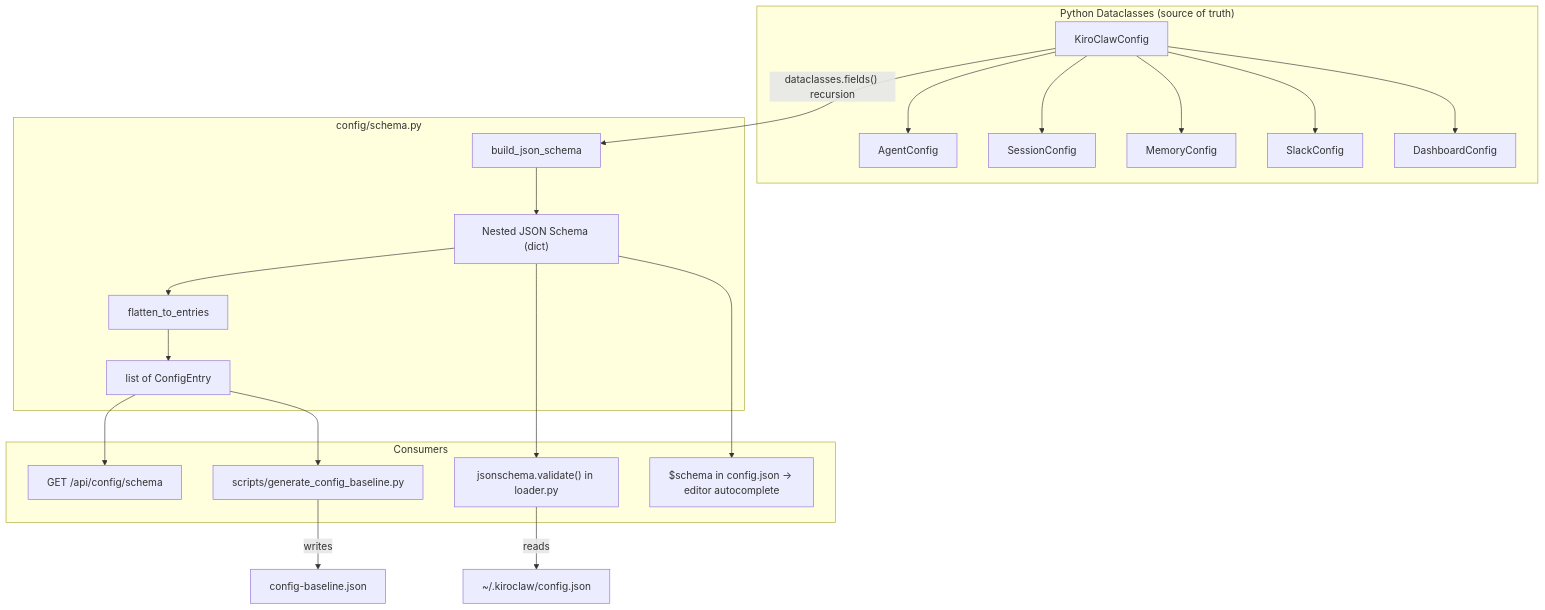
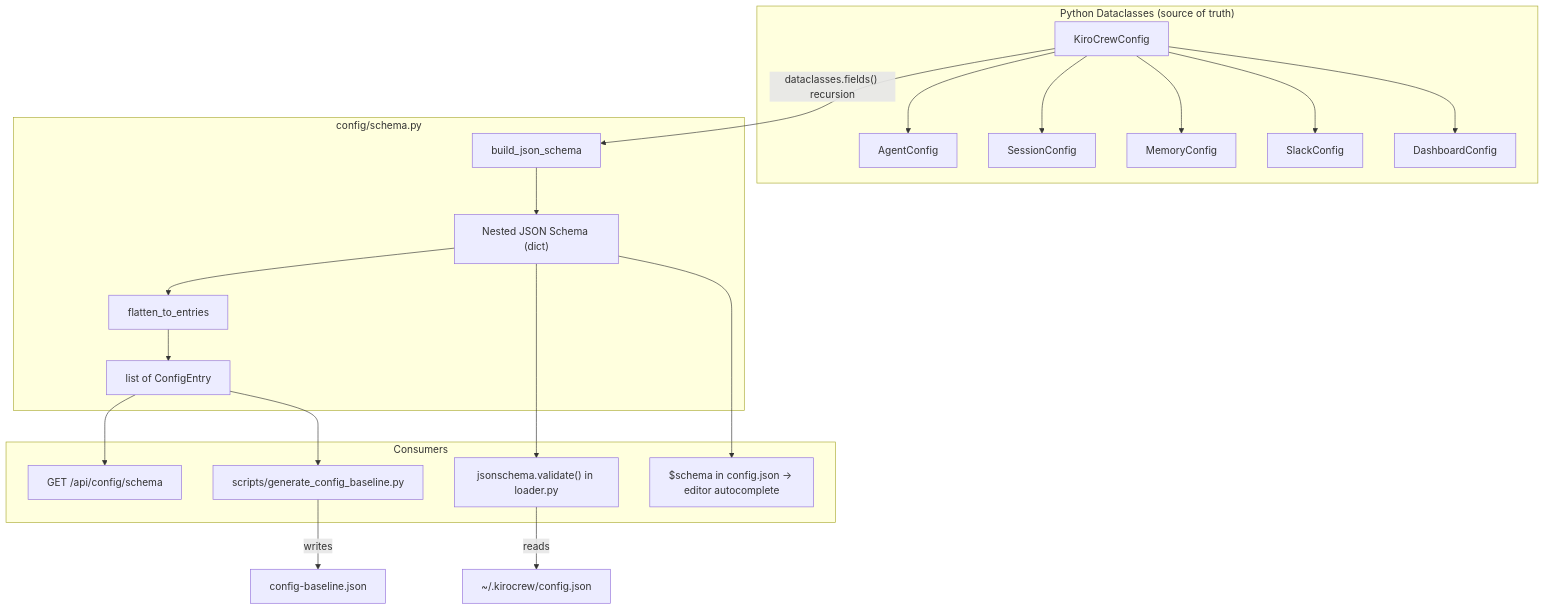
Before and after one commit to Arin016/KiroCrew: the diagram in .kiro/specs/config-schema/design.md, drawn with Mermaid. The commit also changed other lines of this file and 1814 other files, not shown here.

First line of the commit message:
refactor: rename project KiroClaw to KiroCrew (#2)

````diff
--- a/.kiro/specs/config-schema/design.md
+++ b/.kiro/specs/config-schema/design.md
@@ -30,44 +30,44 @@
 ```mermaid
 graph TD
     subgraph "Python Dataclasses (source of truth)"
-        MC[KiroClawConfig]
+        MC[KiroCrewConfig]
         AC[AgentConfig]
         SC[SessionConfig]
         MemC[MemoryConfig]
         SlC[SlackConfig]
         DC[DashboardConfig]
     end
 
     MC --> AC
     MC --> SC
     MC --> MemC
     MC --> SlC
     MC --> DC
 
     subgraph "config/schema.py"
         JS[build_json_schema]
         JSD["Nested JSON Schema (dict)"]
         FL[flatten_to_entries]
         CE[list of ConfigEntry]
     end
 
     MC -->|"dataclasses.fields() recursion"| JS
     JS --> JSD
     JSD --> FL
     FL --> CE
 
     subgraph "Consumers"
         API["GET /api/config/schema"]
         BG["scripts/generate_config_baseline.py"]
         VAL["jsonschema.validate() in loader.py"]
         ED["$schema in config.json → editor autocomplete"]
     end
 
     CE --> API
     CE --> BG
     JSD --> VAL
     JSD --> ED
 
     BG -->|writes| BL["config-baseline.json"]
-    VAL -->|reads| CFG["~/.kiroclaw/config.json"]
+    VAL -->|reads| CFG["~/.kirocrew/config.json"]
 ```
````
